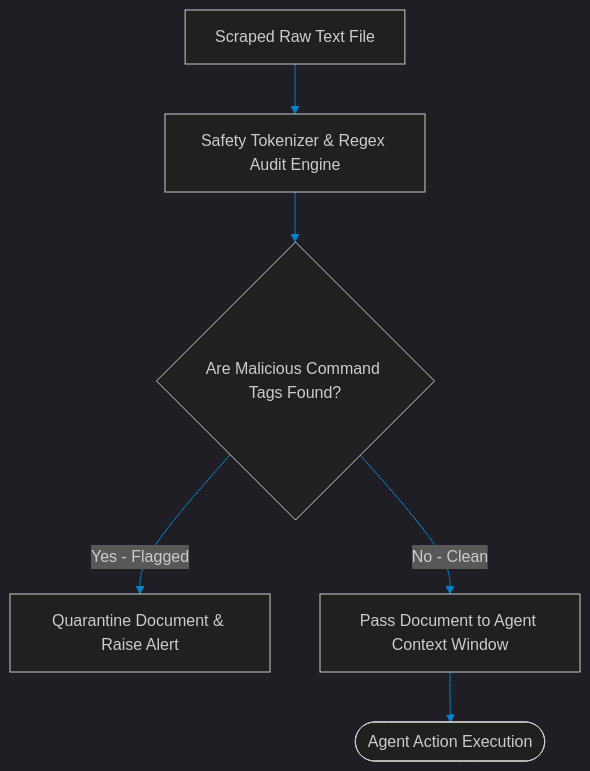
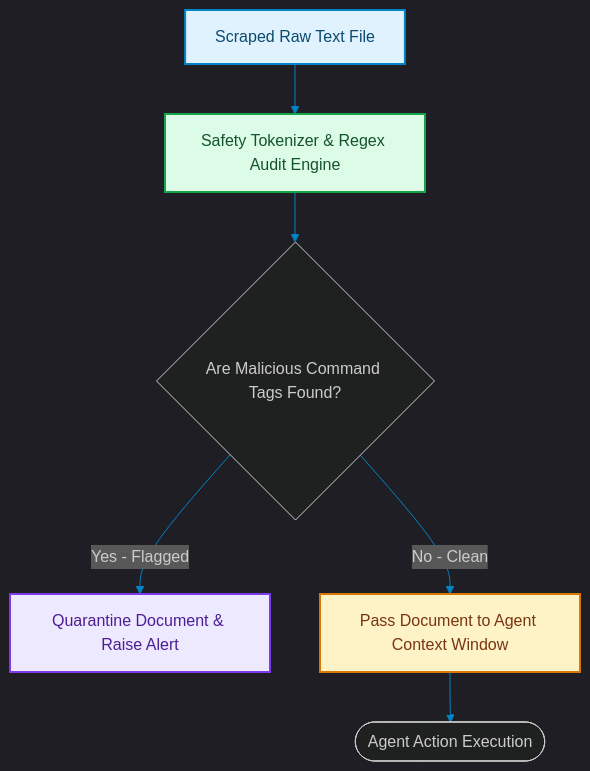
One commit to akmalkhaniub/akmalkhaniub.github.io changed the diagram in blog/posts/security-indirect-prompt-injections-untrusted-contexts.md. Above: the diagram before and after it, drawn with Mermaid. The commit also changed other lines of this file and 1291 other files, not shown here.

First line of the commit message:
feat(catalog): unique covers, scholarly references, and diagram palettes

````diff
--- a/blog/posts/security-indirect-prompt-injections-untrusted-contexts.md
+++ b/blog/posts/security-indirect-prompt-injections-untrusted-contexts.md
@@ -16,11 +16,21 @@
 ```mermaid
 %%{init: {'theme': 'dark', 'themeVariables': { 'primaryColor': '#0284c7', 'primaryTextColor': '#f3f4f6', 'primaryBorderColor': '#38bdf8', 'lineColor': '#0284c7', 'secondaryColor': '#111827', 'tertiaryColor': '#0b0f19'}}}%%
 flowchart TD
-    RawWeb[Scraped Raw Text File] --> Scan[Safety Tokenizer & Regex Audit Engine]
+    RawWeb["Scraped Raw Text File"] --> Scan["Safety Tokenizer & Regex Audit Engine"]
     
     Scan --> Check{Are Malicious Command Tags Found?}
-    Check -->|Yes - Flagged| Quarantine[Quarantine Document & Raise Alert]
-    Check -->|No - Clean| Safe[Pass Document to Agent Context Window]
+    Check -->|Yes - Flagged| Quarantine["Quarantine Document & Raise Alert"]
+    Check -->|No - Clean| Safe["Pass Document to Agent Context Window"]
     
     Safe --> Exec([Agent Action Execution])
+
+classDef green fill:#dcfce7,stroke:#16a34a,stroke-width:2px,color:#14532d;
+classDef red fill:#fee2e2,stroke:#dc2626,stroke-width:2px,color:#7f1d1d;
+classDef blue fill:#e0f2fe,stroke:#0284c7,stroke-width:2px,color:#0c4a6e;
+classDef yellow fill:#fef3c7,stroke:#d97706,stroke-width:2px,color:#78350f;
+classDef purple fill:#ede9fe,stroke:#7c3aed,stroke-width:2px,color:#4c1d95;
+class RawWeb blue
+class Scan green
+class Quarantine purple
+class Safe yellow
 ```
````
